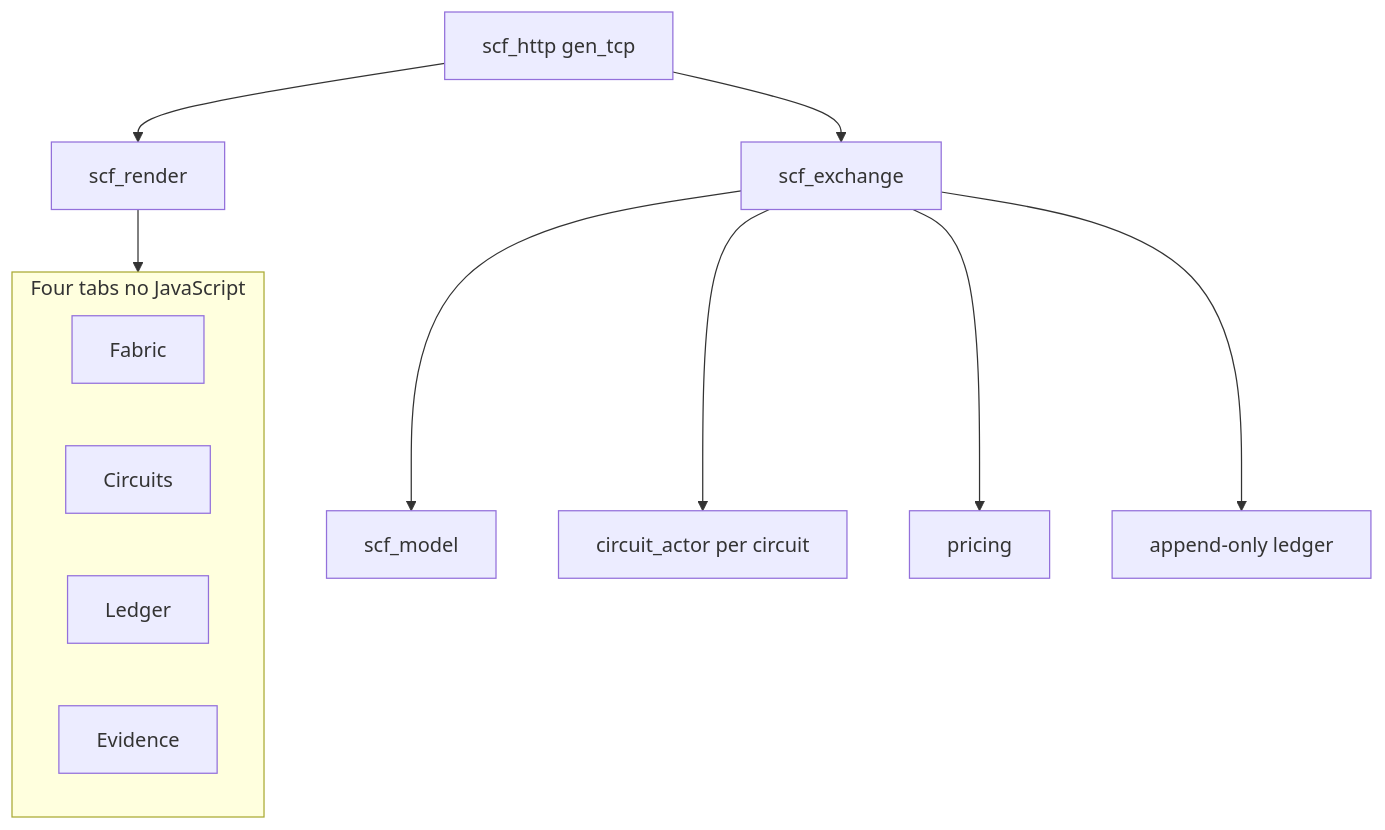
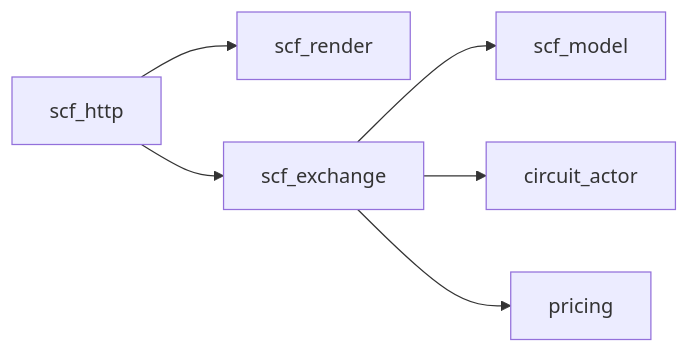
Before and after one commit to AHMADALIPARR/circuit-fabric: the second of 3 diagrams in README.md, drawn with Mermaid. The commit also changed other lines of this file, not shown here.

Commit message:
Clean README: 2D circuits, compact shots, safe mermaid, tight tables

````diff
--- a/README.md
+++ b/README.md
@@ -23,17 +50,8 @@
 ```mermaid
-flowchart TB
-    subgraph UI[Four tabs no JavaScript]
-        FAB[Fabric]
-        CIR[Circuits]
-        LED[Ledger]
-        EVI[Evidence]
-    end
-
-    HTTP[scf_http gen_tcp] --> REND[scf_render]
-    REND --> UI
-    HTTP --> EX[scf_exchange]
-    EX --> MODEL[scf_model]
-    EX --> ACTOR[circuit_actor per circuit]
-    EX --> PRICE[pricing]
-    EX --> LEDGER[append-only ledger]
+flowchart LR
+    HTTP[scf_http] --> Render[scf_render]
+    HTTP --> Exchange[scf_exchange]
+    Exchange --> Model[scf_model]
+    Exchange --> Actor[circuit_actor]
+    Exchange --> Price[pricing]
 ```
````
